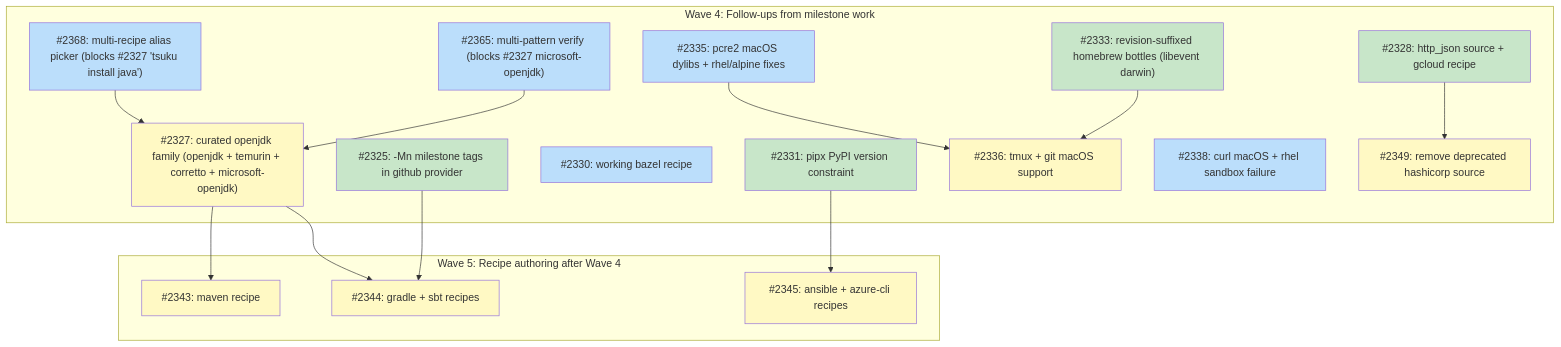
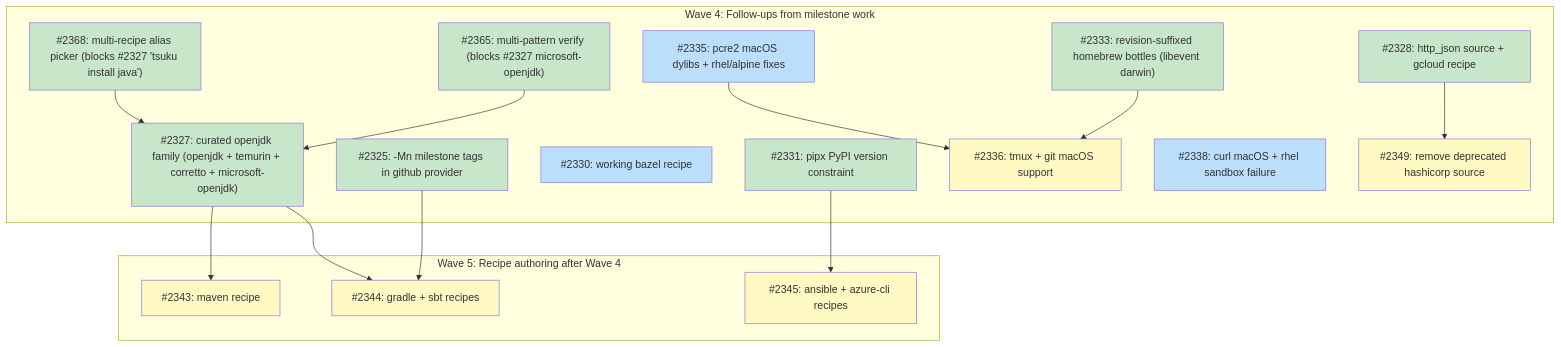
Before and after one commit to tsukumogami/tsuku: the diagram in docs/plans/PLAN-curated-recipes.md, drawn with Mermaid. The commit also changed other lines of this file and 5 other files, not shown here.

````diff
--- a/docs/plans/PLAN-curated-recipes.md
+++ b/docs/plans/PLAN-curated-recipes.md
@@ -144,48 +144,48 @@
 ```mermaid
 graph TD
     subgraph wave4 ["Wave 4: Follow-ups from milestone work"]
         I2325["#2325: -Mn milestone tags in github provider"]
         I2327["#2327: curated openjdk family (openjdk + temurin + corretto + microsoft-openjdk)"]
         I2328["#2328: http_json source + gcloud recipe"]
         I2330["#2330: working bazel recipe"]
         I2331["#2331: pipx PyPI version constraint"]
         I2333["#2333: revision-suffixed homebrew bottles (libevent darwin)"]
         I2335["#2335: pcre2 macOS dylibs + rhel/alpine fixes"]
         I2336["#2336: tmux + git macOS support"]
         I2338["#2338: curl macOS + rhel sandbox failure"]
         I2349["#2349: remove deprecated hashicorp source"]
         I2365["#2365: multi-pattern verify (blocks #2327 microsoft-openjdk)"]
         I2368["#2368: multi-recipe alias picker (blocks #2327 'tsuku install java')"]
     end
 
     subgraph wave5 ["Wave 5: Recipe authoring after Wave 4"]
         I2343["#2343: maven recipe"]
         I2344["#2344: gradle + sbt recipes"]
         I2345["#2345: ansible + azure-cli recipes"]
     end
 
     I2333 --> I2336
     I2335 --> I2336
 
     I2365 --> I2327
     I2368 --> I2327
     I2327 --> I2343
     I2325 --> I2344
     I2327 --> I2344
     I2331 --> I2345
     I2328 --> I2349
 
     classDef done fill:#c8e6c9
     classDef ready fill:#bbdefb
     classDef blocked fill:#fff9c4
     classDef needsDesign fill:#e1bee7
     classDef needsPrd fill:#b3e5fc
     classDef needsSpike fill:#ffcdd2
     classDef needsDecision fill:#d1c4e9
     classDef tracksDesign fill:#FFE0B2,stroke:#F57C00,color:#000
     classDef tracksPlan fill:#FFE0B2,stroke:#F57C00,color:#000
 
-    class I2325,I2328,I2331,I2333 done
-    class I2330,I2335,I2338,I2365,I2368 ready
-    class I2327,I2336,I2343,I2344,I2345,I2349 blocked
+    class I2325,I2327,I2328,I2331,I2333,I2365,I2368 done
+    class I2330,I2335,I2338 ready
+    class I2336,I2343,I2344,I2345,I2349 blocked
 ```
````
